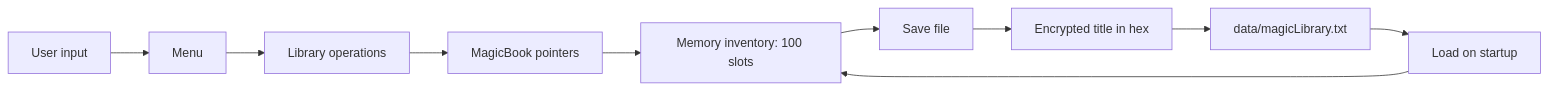
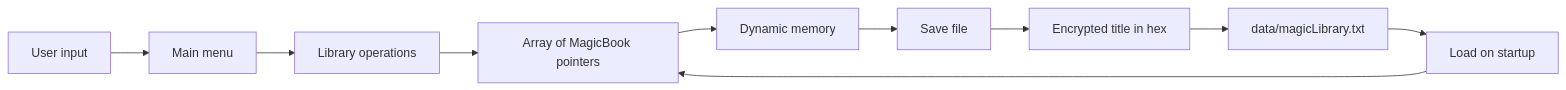
Before and after one commit to Euosaullo/mini-projeto-ip-magic-library: the diagram in README.md, drawn with Mermaid. The commit also changed other lines of this file, not shown here.

````diff
--- a/README.md
+++ b/README.md
@@ -163,12 +273,12 @@
 ```mermaid
 flowchart LR
-    A["User input"] --> B["Menu"]
+    A["User input"] --> B["Main menu"]
     B --> C["Library operations"]
-    C --> D["MagicBook pointers"]
-    D --> E["Memory inventory: 100 slots"]
+    C --> D["Array of MagicBook pointers"]
+    D --> E["Dynamic memory"]
     E --> F["Save file"]
     F --> G["Encrypted title in hex"]
     G --> H["data/magicLibrary.txt"]
     H --> I["Load on startup"]
-    I --> E
+    I --> D
 ```
````
